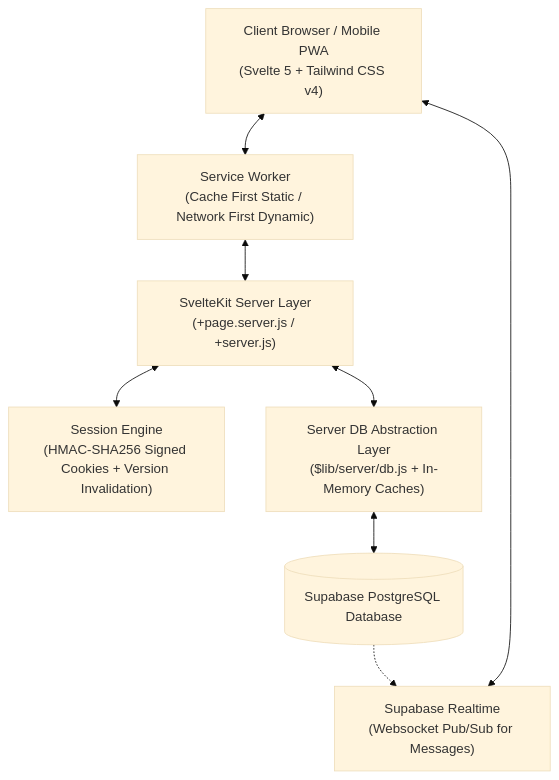
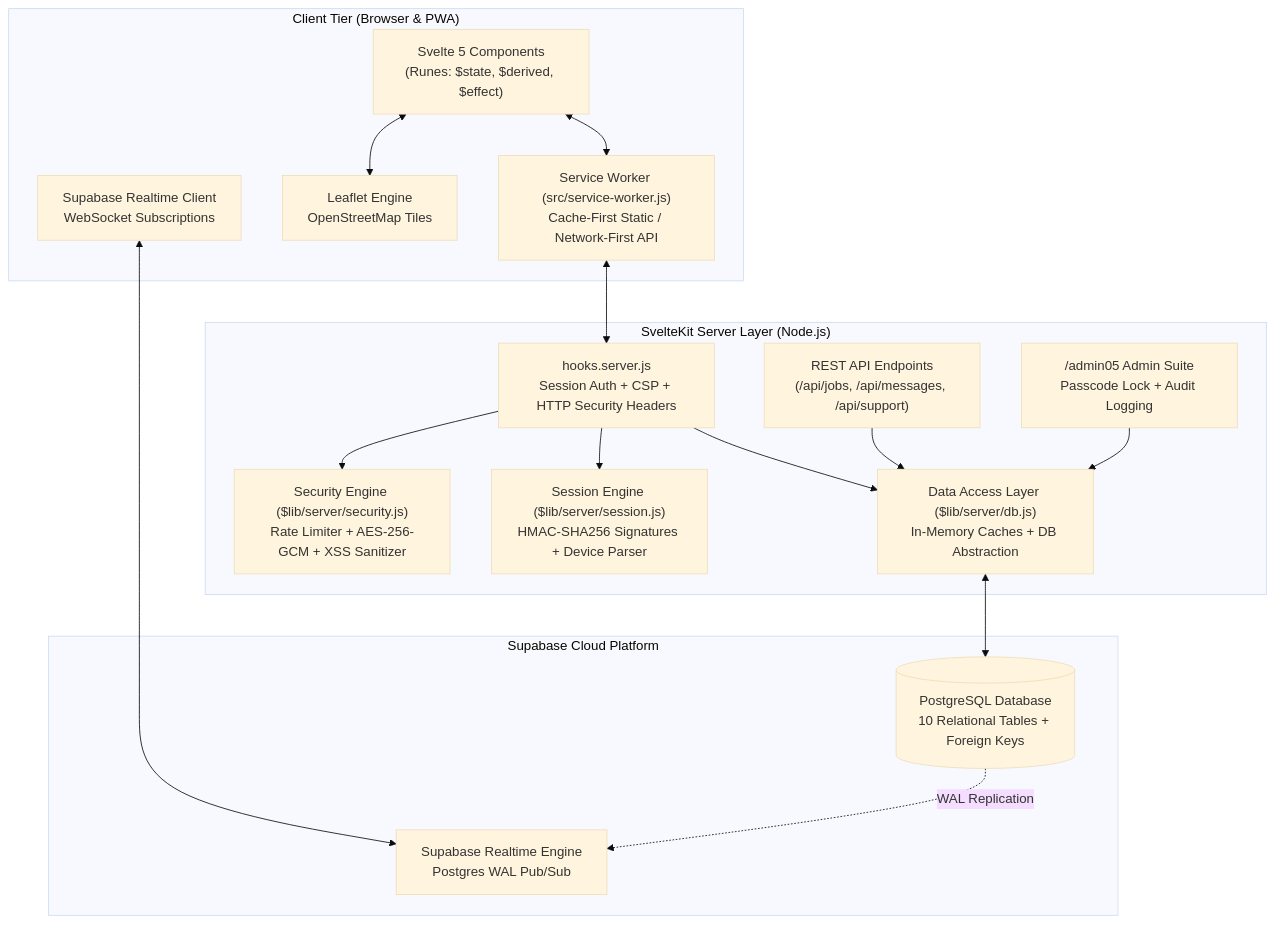
One commit to johnlexpobadora2-coder/serviee changed the first of 2 diagrams in README.md. Above: the diagram before and after it, drawn with Mermaid (base theme). The commit also changed other lines of this file, not shown here.

Commit message:
docs: update README with full system architecture, features, and API reference

````diff
--- a/README.md
+++ b/README.md
@@ -120,18 +168,35 @@
 ```mermaid
-graph TD
-    Client["Client Browser / Mobile PWA\n(Svelte 5 + Tailwind CSS v4)"]
-    SW["Service Worker\n(Cache First Static / Network First Dynamic)"]
-    Server["SvelteKit Server Layer\n(+page.server.js / +server.js)"]
-    Auth["Session Engine\n(HMAC-SHA256 Signed Cookies + Version Invalidation)"]
-    DBLayer["Server DB Abstraction Layer\n($lib/server/db.js + In-Memory Caches)"]
-    SupabaseDB[(Supabase PostgreSQL Database)]
-    SupabaseRT["Supabase Realtime\n(Websocket Pub/Sub for Messages)"]
+flowchart TD
+    subgraph Client["Client Tier (Browser & PWA)"]
+        UI["Svelte 5 Components\n(Runes: $state, $derived, $effect)"]
+        SW["Service Worker (src/service-worker.js)\nCache-First Static / Network-First API"]
+        Map["Leaflet Engine\nOpenStreetMap Tiles"]
+        RTClient["Supabase Realtime Client\nWebSocket Subscriptions"]
+    end
 
-    Client <--> SW
-    SW <--> Server
-    Server <--> Auth
-    Server <--> DBLayer
-    DBLayer <--> SupabaseDB
-    Client <--> SupabaseRT
-    SupabaseDB -.-> SupabaseRT
+    subgraph Server["SvelteKit Server Layer (Node.js)"]
+        Hooks["hooks.server.js\nSession Auth + CSP + HTTP Security Headers"]
+        SecUtil["Security Engine ($lib/server/security.js)\nRate Limiter + AES-256-GCM + XSS Sanitizer"]
+        SessUtil["Session Engine ($lib/server/session.js)\nHMAC-SHA256 Signatures + Device Parser"]
+        DB["Data Access Layer ($lib/server/db.js)\nIn-Memory Caches + DB Abstraction"]
+        API["REST API Endpoints\n(/api/jobs, /api/messages, /api/support)"]
+        AdminRoute["/admin05 Admin Suite\nPasscode Lock + Audit Logging"]
+    end
+
+    subgraph Supabase["Supabase Cloud Platform"]
+        PG[(PostgreSQL Database\n10 Relational Tables + Foreign Keys)]
+        RTServer["Supabase Realtime Engine\nPostgres WAL Pub/Sub"]
+    end
+
+    UI <--> SW
+    SW <--> Hooks
+    Hooks --> SecUtil
+    Hooks --> SessUtil
+    Hooks --> DB
+    API --> DB
+    AdminRoute --> DB
+    DB <--> PG
+    RTClient <--> RTServer
+    PG -.->|WAL Replication| RTServer
+    UI <--> Map
 ```
````
